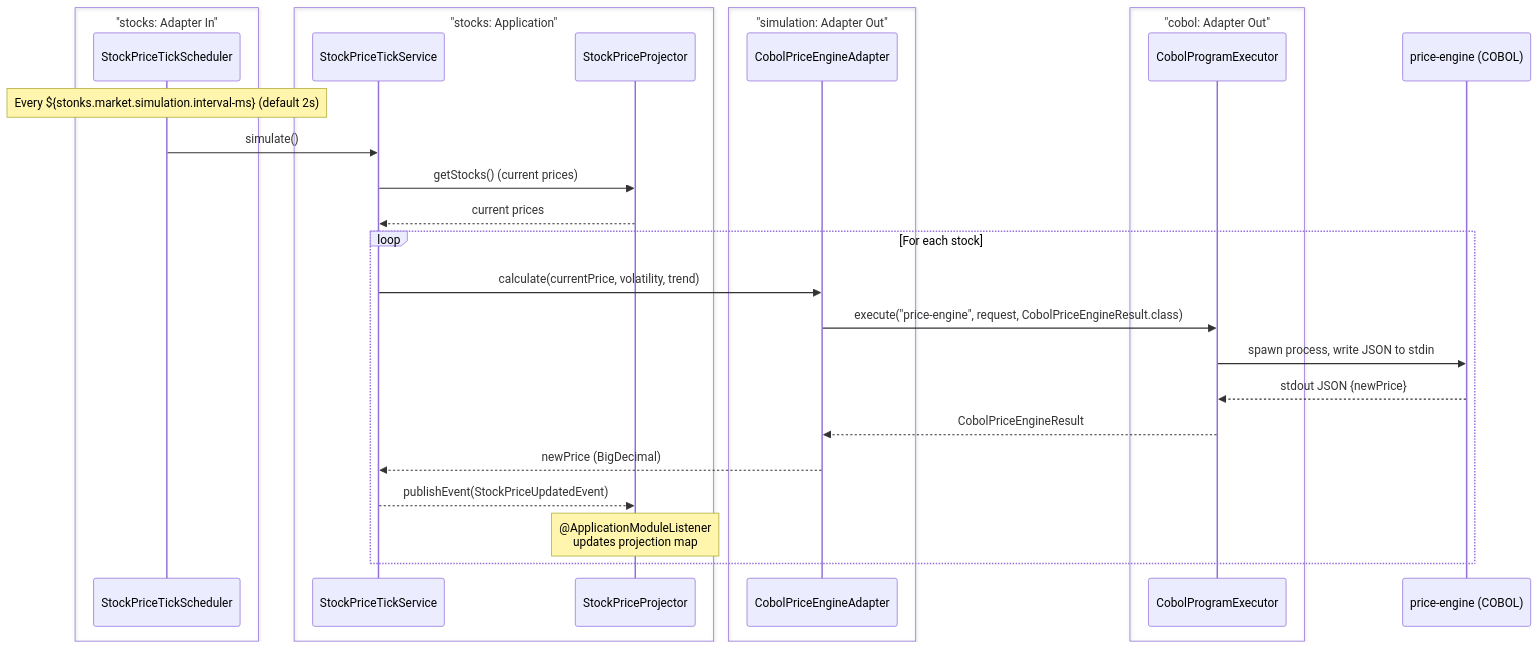
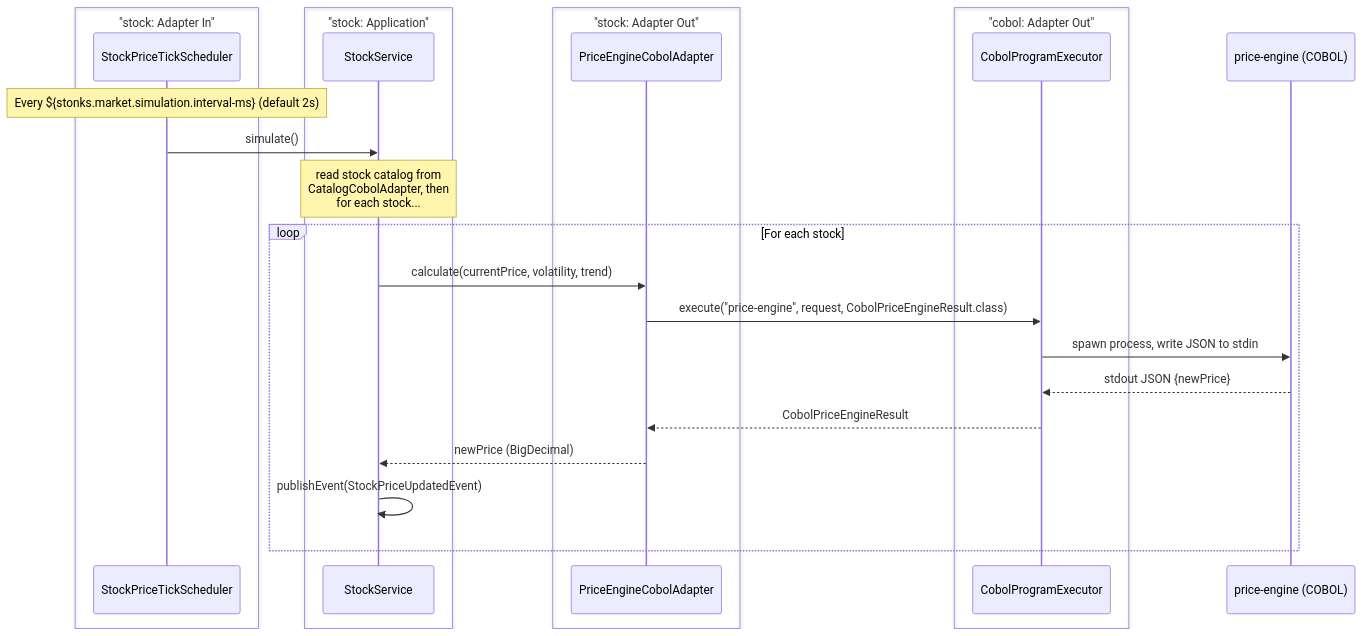
One commit to franBec/stonks-simulator changed the sixth of 7 diagrams in stonks_java/README.md. Above: the diagram before and after it, drawn with Mermaid. The commit also changed other lines of this file and 86 other files, not shown here.

First line of the commit message:
Refactor: unify simulation into stocks, rename classes, standardize naming

````diff
--- a/stonks_java/README.md
+++ b/stonks_java/README.md
@@ -191,32 +187,29 @@
 ```mermaid
 sequenceDiagram
-    box "stocks: Adapter In"
+    box "stock: Adapter In"
     participant Sched as StockPriceTickScheduler
     end
-    box "stocks: Application"
-    participant SC as StockPriceTickService
-    participant SPP as StockPriceProjector
+    box "stock: Application"
+    participant SS as StockService
     end
-    box "simulation: Adapter Out"
-    participant CPEA as CobolPriceEngineAdapter
+    box "stock: Adapter Out"
+    participant PEA as PriceEngineCobolAdapter
     end
     box "cobol: Adapter Out"
     participant CPE as CobolProgramExecutor
     end
     participant COBOL as price-engine (COBOL)
 
     Note over Sched: Every ${stonks.market.simulation.interval-ms} (default 2s)
-    Sched->>SC: simulate()
-    SC->>SPP: getStocks() (current prices)
-    SPP-->>SC: current prices
+    Sched->>SS: simulate()
+    Note over SS: read stock catalog from<br/>CatalogCobolAdapter, then<br/>for each stock...
     loop For each stock
-        SC->>CPEA: calculate(currentPrice, volatility, trend)
-        CPEA->>CPE: execute("price-engine", request, CobolPriceEngineResult.class)
+        SS->>PEA: calculate(currentPrice, volatility, trend)
+        PEA->>CPE: execute("price-engine", request, CobolPriceEngineResult.class)
         CPE->>COBOL: spawn process, write JSON to stdin
         COBOL-->>CPE: stdout JSON {newPrice}
-        CPE-->>CPEA: CobolPriceEngineResult
-        CPEA-->>SC: newPrice (BigDecimal)
-        SC-->>SPP: publishEvent(StockPriceUpdatedEvent)
-        Note over SPP: @ApplicationModuleListener<br/>updates projection map
+        CPE-->>PEA: CobolPriceEngineResult
+        PEA-->>SS: newPrice (BigDecimal)
+        SS->>SS: publishEvent(StockPriceUpdatedEvent)
     end
 ```
````
